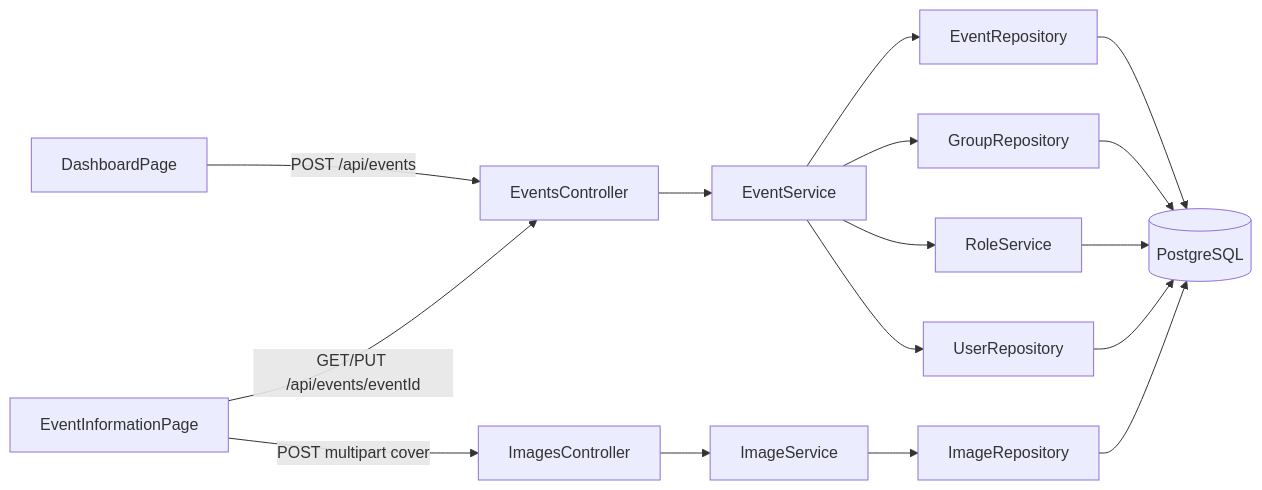
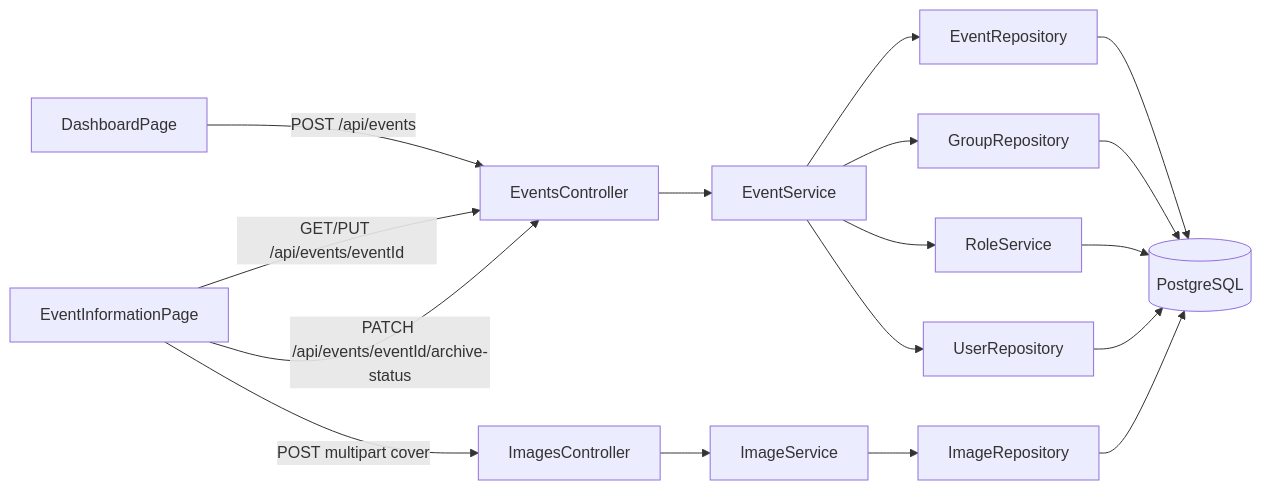
The first of 5 diagrams in docs/events.md (AntonDrozdov/rmgevents), drawn with Mermaid before and after one commit. The commit also changed other lines of this file and 25 other files, not shown here.

````diff
--- a/docs/events.md
+++ b/docs/events.md
@@ -189,19 +204,20 @@
 ```mermaid
 flowchart LR
     Dashboard[DashboardPage] -->|POST /api/events| EventsController
     EventsController --> EventService
     EventService --> EventRepository
     EventService --> GroupRepository
     EventService --> RoleService
     EventService --> UserRepository
     EventRepository --> DB[(PostgreSQL)]
     GroupRepository --> DB
     RoleService --> DB
     UserRepository --> DB
 
     Settings[EventInformationPage] -->|GET/PUT /api/events/eventId| EventsController
+    Settings -->|PATCH /api/events/eventId/archive-status| EventsController
     Settings -->|POST multipart cover| ImagesController
     ImagesController --> ImageService
     ImageService --> ImageRepository
     ImageRepository --> DB
 ```
````
